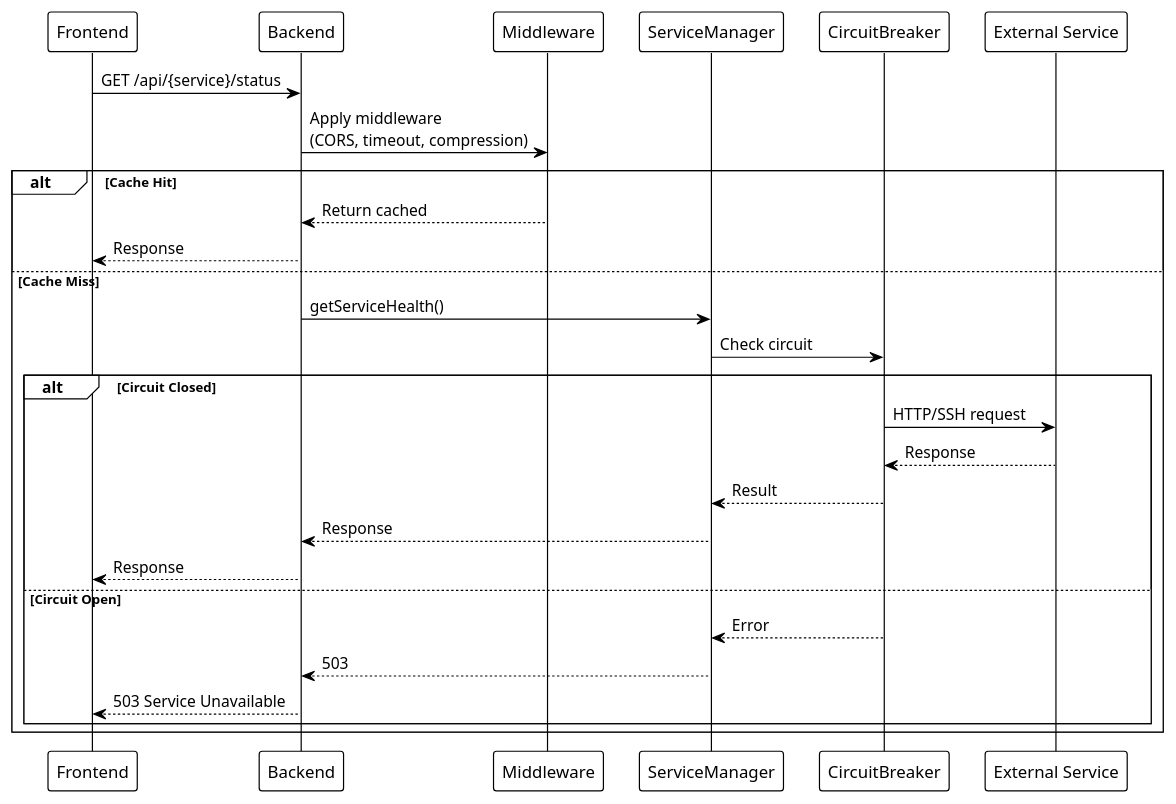
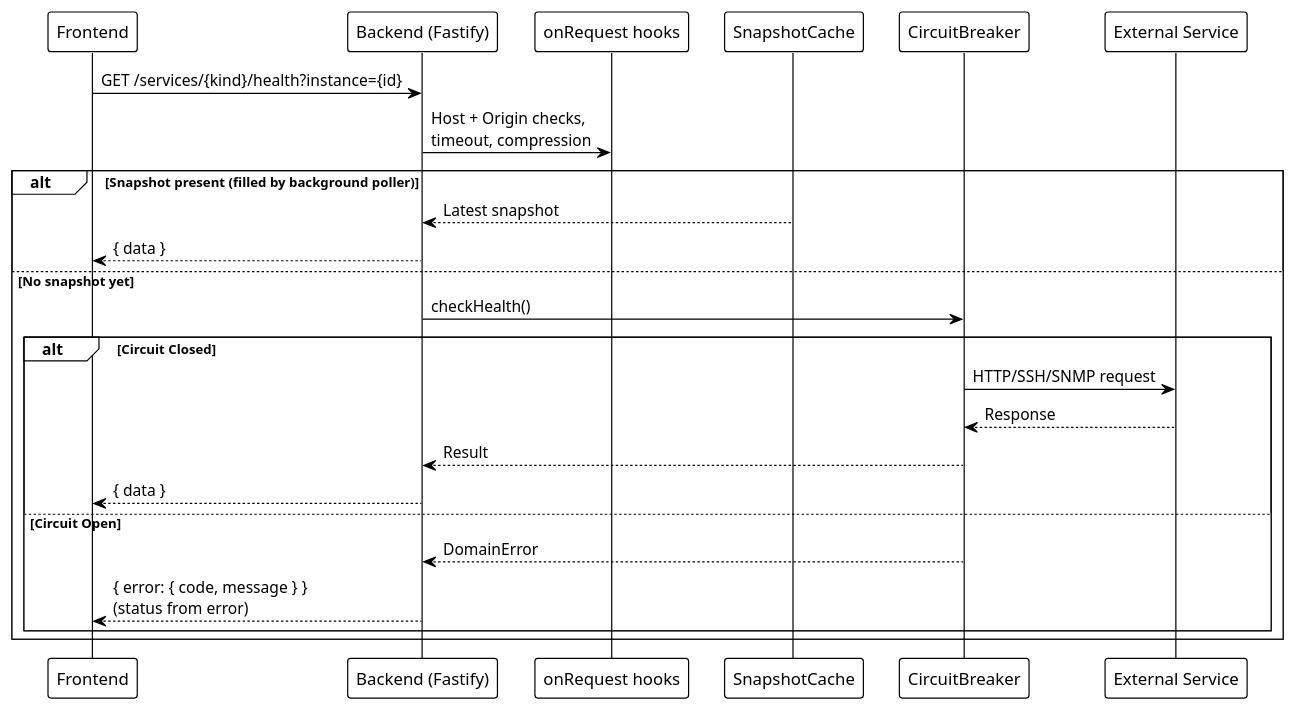
Before and after one commit to EraPartner/Watchman: the second of 2 diagrams in docs/troubleshooting.md, drawn with PlantUML. The commit also changed other lines of this file and 32 other files, not shown here.

````diff
--- a/docs/troubleshooting.md
+++ b/docs/troubleshooting.md
@@ -181,36 +186,33 @@
 ```plantuml
 @startuml
 !theme plain
 
 participant "Frontend" as FE
-participant "Backend" as BE
-participant "Middleware" as MW
-participant "ServiceManager" as SM
+participant "Backend (Fastify)" as BE
+participant "onRequest hooks" as MW
+participant "SnapshotCache" as SM
 participant "CircuitBreaker" as CB
 participant "External Service" as Ext
 
-FE -> BE : GET /api/{service}/status
+FE -> BE : GET /services/{kind}/health?instance={id}
 
-BE -> MW : Apply middleware\n(CORS, timeout, compression)
+BE -> MW : Host + Origin checks,\ntimeout, compression
 
-alt Cache Hit
-    MW --> BE : Return cached
-    BE --> FE : Response
-else Cache Miss
-    BE -> SM : getServiceHealth()
-    SM -> CB : Check circuit
+alt Snapshot present (filled by background poller)
+    SM --> BE : Latest snapshot
+    BE --> FE : { data }
+else No snapshot yet
+    BE -> CB : checkHealth()
 
     alt Circuit Closed
-        CB -> Ext : HTTP/SSH request
+        CB -> Ext : HTTP/SSH/SNMP request
         Ext --> CB : Response
-        CB --> SM : Result
-        SM --> BE : Response
-        BE --> FE : Response
+        CB --> BE : Result
+        BE --> FE : { data }
     else Circuit Open
-        CB --> SM : Error
-        SM --> BE : 503
-        BE --> FE : 503 Service Unavailable
+        CB --> BE : DomainError
+        BE --> FE : { error: { code, message } }\n(status from error)
     end
 end
 @enduml
 ```
````
